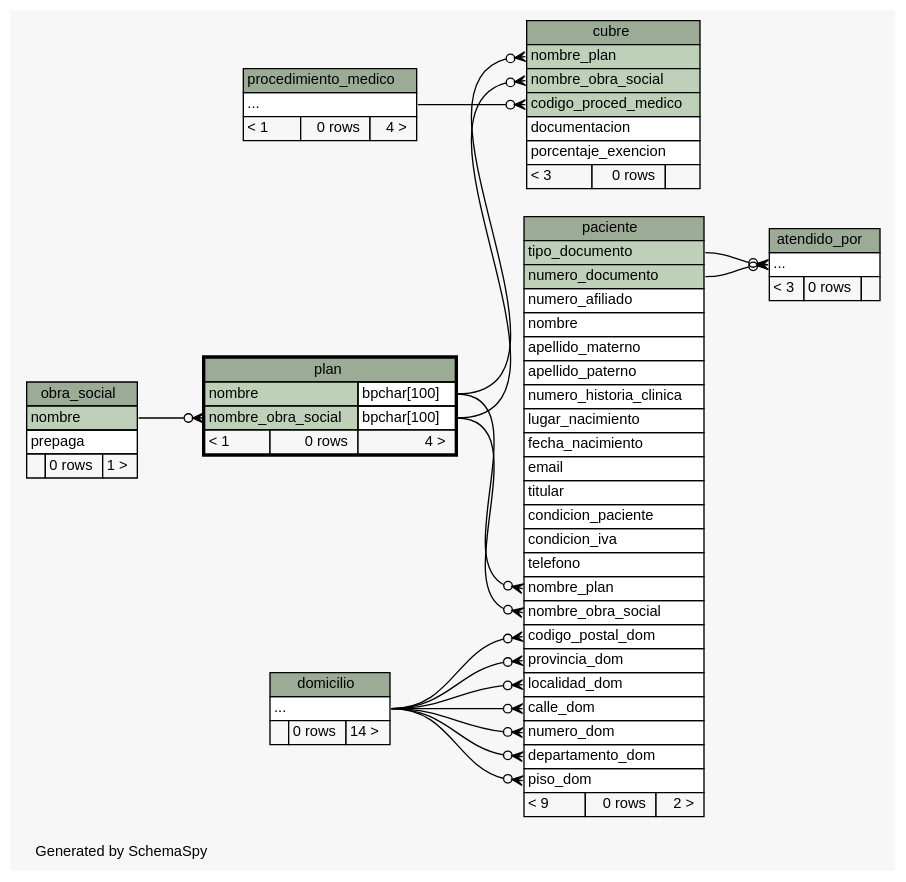
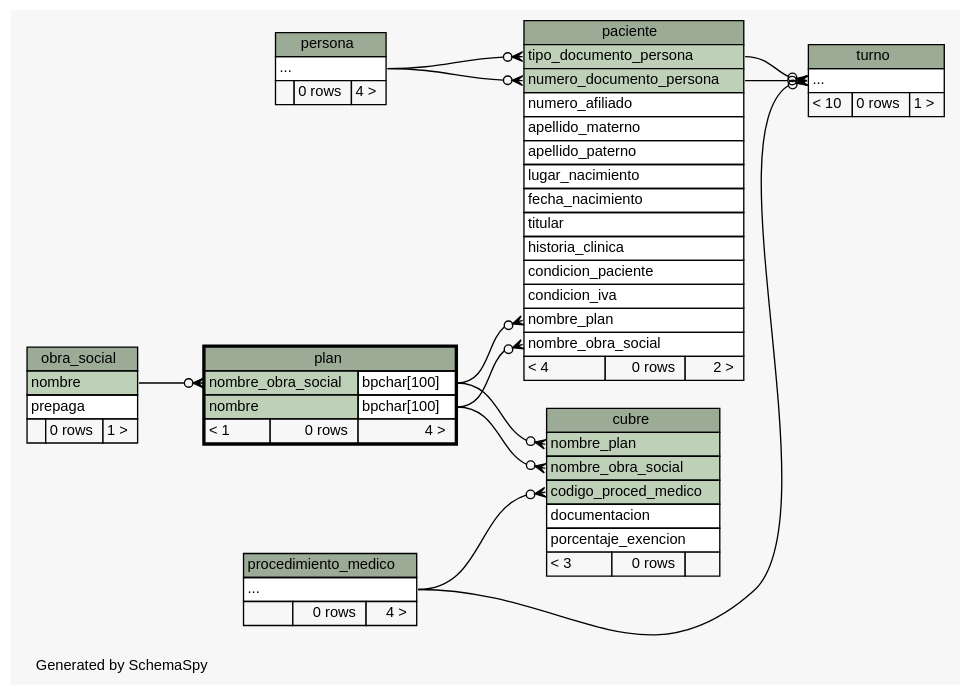
The diagram in tp1/build/schema/diagrams/plan.2degrees.dot (smpiano/bd-1cuat-2014-agenda-med), drawn with Graphviz before and after one commit. The commit also changed 165 other files, not shown here.

```diff
--- a/tp1/build/schema/diagrams/plan.2degrees.dot
+++ b/tp1/build/schema/diagrams/plan.2degrees.dot
@@ -1,135 +1,121 @@
 // dot 2.26.3 on Linux 3.8.0-35-generic
 // SchemaSpy rev 590
 digraph "twoDegreesRelationshipsDiagram" {
   graph [
     rankdir="RL"
     bgcolor="#f7f7f7"
     label="\nGenerated by SchemaSpy"
     labeljust="l"
     nodesep="0.18"
     ranksep="0.46"
     fontname="Helvetica"
     fontsize="11"
   ];
   node [
     fontname="Helvetica"
     fontsize="11"
     shape="plaintext"
   ];
   edge [
     arrowsize="0.8"
   ];
-  "atendido_por":"elipses":w -> "paciente":"numero_documento":e [arrowhead=none dir=back arrowtail=crowodot];
-  "atendido_por":"elipses":w -> "paciente":"tipo_documento":e [arrowhead=none dir=back arrowtail=crowodot];
   "cubre":"codigo_proced_medico":w -> "procedimiento_medico":"elipses":e [arrowhead=none dir=back arrowtail=crowodot];
-  "cubre":"nombre_obra_social":w -> "plan":"nombre_obra_social.type":e [arrowhead=none dir=back arrowtail=crowodot];
-  "cubre":"nombre_plan":w -> "plan":"nombre.type":e [arrowhead=none dir=back arrowtail=crowodot];
-  "paciente":"calle_dom":w -> "domicilio":"elipses":e [arrowhead=none dir=back arrowtail=crowodot];
-  "paciente":"codigo_postal_dom":w -> "domicilio":"elipses":e [arrowhead=none dir=back arrowtail=crowodot];
-  "paciente":"departamento_dom":w -> "domicilio":"elipses":e [arrowhead=none dir=back arrowtail=crowodot];
-  "paciente":"localidad_dom":w -> "domicilio":"elipses":e [arrowhead=none dir=back arrowtail=crowodot];
-  "paciente":"nombre_obra_social":w -> "plan":"nombre_obra_social.type":e [arrowhead=none dir=back arrowtail=crowodot];
-  "paciente":"nombre_plan":w -> "plan":"nombre.type":e [arrowhead=none dir=back arrowtail=crowodot];
-  "paciente":"numero_dom":w -> "domicilio":"elipses":e [arrowhead=none dir=back arrowtail=crowodot];
-  "paciente":"piso_dom":w -> "domicilio":"elipses":e [arrowhead=none dir=back arrowtail=crowodot];
-  "paciente":"provincia_dom":w -> "domicilio":"elipses":e [arrowhead=none dir=back arrowtail=crowodot];
+  "cubre":"nombre_obra_social":w -> "plan":"nombre.type":e [arrowhead=none dir=back arrowtail=crowodot];
+  "cubre":"nombre_plan":w -> "plan":"nombre_obra_social.type":e [arrowhead=none dir=back arrowtail=crowodot];
+  "paciente":"nombre_obra_social":w -> "plan":"nombre.type":e [arrowhead=none dir=back arrowtail=crowodot];
+  "paciente":"nombre_plan":w -> "plan":"nombre_obra_social.type":e [arrowhead=none dir=back arrowtail=crowodot];
+  "paciente":"numero_documento_persona":w -> "persona":"elipses":e [arrowhead=none dir=back arrowtail=crowodot];
+  "paciente":"tipo_documento_persona":w -> "persona":"elipses":e [arrowhead=none dir=back arrowtail=crowodot];
   "plan":"nombre_obra_social":w -> "obra_social":"nombre":e [arrowhead=none dir=back arrowtail=crowodot];
-  "atendido_por" [
-    label=<
-    <TABLE BORDER="0" CELLBORDER="1" CELLSPACING="0" BGCOLOR="#ffffff">
-      <TR><TD COLSPAN="3" BGCOLOR="#9bab96" ALIGN="CENTER">atendido_por</TD></TR>
-      <TR><TD PORT="elipses" COLSPAN="3" ALIGN="LEFT">...</TD></TR>
-      <TR><TD ALIGN="LEFT" BGCOLOR="#f7f7f7">&lt; 3</TD><TD ALIGN="RIGHT" BGCOLOR="#f7f7f7">0 rows</TD><TD ALIGN="RIGHT" BGCOLOR="#f7f7f7">  </TD></TR>
-    </TABLE>>
-    URL="atendido_por.html"
-    tooltip="atendido_por"
-  ];
+  "turno":"elipses":w -> "procedimiento_medico":"elipses":e [arrowhead=none dir=back arrowtail=crowodot];
+  "turno":"elipses":w -> "paciente":"numero_documento_persona":e [arrowhead=none dir=back arrowtail=crowodot];
+  "turno":"elipses":w -> "paciente":"tipo_documento_persona":e [arrowhead=none dir=back arrowtail=crowodot];
   "cubre" [
     label=<
     <TABLE BORDER="0" CELLBORDER="1" CELLSPACING="0" BGCOLOR="#ffffff">
       <TR><TD COLSPAN="3" BGCOLOR="#9bab96" ALIGN="CENTER">cubre</TD></TR>
       <TR><TD PORT="nombre_plan" COLSPAN="3" BGCOLOR="#bed1b8" ALIGN="LEFT">nombre_plan</TD></TR>
       <TR><TD PORT="nombre_obra_social" COLSPAN="3" BGCOLOR="#bed1b8" ALIGN="LEFT">nombre_obra_social</TD></TR>
       <TR><TD PORT="codigo_proced_medico" COLSPAN="3" BGCOLOR="#bed1b8" ALIGN="LEFT">codigo_proced_medico</TD></TR>
       <TR><TD PORT="documentacion" COLSPAN="3" ALIGN="LEFT">documentacion</TD></TR>
       <TR><TD PORT="porcentaje_exencion" COLSPAN="3" ALIGN="LEFT">porcentaje_exencion</TD></TR>
       <TR><TD ALIGN="LEFT" BGCOLOR="#f7f7f7">&lt; 3</TD><TD ALIGN="RIGHT" BGCOLOR="#f7f7f7">0 rows</TD><TD ALIGN="RIGHT" BGCOLOR="#f7f7f7">  </TD></TR>
     </TABLE>>
     URL="cubre.html"
     tooltip="cubre"
-  ];
-  "domicilio" [
-    label=<
-    <TABLE BORDER="0" CELLBORDER="1" CELLSPACING="0" BGCOLOR="#ffffff">
-      <TR><TD COLSPAN="3" BGCOLOR="#9bab96" ALIGN="CENTER">domicilio</TD></TR>
-      <TR><TD PORT="elipses" COLSPAN="3" ALIGN="LEFT">...</TD></TR>
-      <TR><TD ALIGN="LEFT" BGCOLOR="#f7f7f7">  </TD><TD ALIGN="RIGHT" BGCOLOR="#f7f7f7">0 rows</TD><TD ALIGN="RIGHT" BGCOLOR="#f7f7f7">14 &gt;</TD></TR>
-    </TABLE>>
-    URL="domicilio.html"
-    tooltip="domicilio"
   ];
   "obra_social" [
     label=<
     <TABLE BORDER="0" CELLBORDER="1" CELLSPACING="0" BGCOLOR="#ffffff">
       <TR><TD COLSPAN="3" BGCOLOR="#9bab96" ALIGN="CENTER">obra_social</TD></TR>
       <TR><TD PORT="nombre" COLSPAN="3" BGCOLOR="#bed1b8" ALIGN="LEFT">nombre</TD></TR>
       <TR><TD PORT="prepaga" COLSPAN="3" ALIGN="LEFT">prepaga</TD></TR>
       <TR><TD ALIGN="LEFT" BGCOLOR="#f7f7f7">  </TD><TD ALIGN="RIGHT" BGCOLOR="#f7f7f7">0 rows</TD><TD ALIGN="RIGHT" BGCOLOR="#f7f7f7">1 &gt;</TD></TR>
     </TABLE>>
     URL="obra_social.html"
     tooltip="obra_social"
   ];
   "paciente" [
     label=<
     <TABLE BORDER="0" CELLBORDER="1" CELLSPACING="0" BGCOLOR="#ffffff">
       <TR><TD COLSPAN="3" BGCOLOR="#9bab96" ALIGN="CENTER">paciente</TD></TR>
-      <TR><TD PORT="tipo_documento" COLSPAN="3" BGCOLOR="#bed1b8" ALIGN="LEFT">tipo_documento</TD></TR>
-      <TR><TD PORT="numero_documento" COLSPAN="3" BGCOLOR="#bed1b8" ALIGN="LEFT">numero_documento</TD></TR>
+      <TR><TD PORT="tipo_documento_persona" COLSPAN="3" BGCOLOR="#bed1b8" ALIGN="LEFT">tipo_documento_persona</TD></TR>
+      <TR><TD PORT="numero_documento_persona" COLSPAN="3" BGCOLOR="#bed1b8" ALIGN="LEFT">numero_documento_persona</TD></TR>
       <TR><TD PORT="numero_afiliado" COLSPAN="3" ALIGN="LEFT">numero_afiliado</TD></TR>
-      <TR><TD PORT="nombre" COLSPAN="3" ALIGN="LEFT">nombre</TD></TR>
       <TR><TD PORT="apellido_materno" COLSPAN="3" ALIGN="LEFT">apellido_materno</TD></TR>
       <TR><TD PORT="apellido_paterno" COLSPAN="3" ALIGN="LEFT">apellido_paterno</TD></TR>
-      <TR><TD PORT="numero_historia_clinica" COLSPAN="3" ALIGN="LEFT">numero_historia_clinica</TD></TR>
       <TR><TD PORT="lugar_nacimiento" COLSPAN="3" ALIGN="LEFT">lugar_nacimiento</TD></TR>
       <TR><TD PORT="fecha_nacimiento" COLSPAN="3" ALIGN="LEFT">fecha_nacimiento</TD></TR>
-      <TR><TD PORT="email" COLSPAN="3" ALIGN="LEFT">email</TD></TR>
       <TR><TD PORT="titular" COLSPAN="3" ALIGN="LEFT">titular</TD></TR>
+      <TR><TD PORT="historia_clinica" COLSPAN="3" ALIGN="LEFT">historia_clinica</TD></TR>
       <TR><TD PORT="condicion_paciente" COLSPAN="3" ALIGN="LEFT">condicion_paciente</TD></TR>
       <TR><TD PORT="condicion_iva" COLSPAN="3" ALIGN="LEFT">condicion_iva</TD></TR>
-      <TR><TD PORT="telefono" COLSPAN="3" ALIGN="LEFT">telefono</TD></TR>
       <TR><TD PORT="nombre_plan" COLSPAN="3" ALIGN="LEFT">nombre_plan</TD></TR>
       <TR><TD PORT="nombre_obra_social" COLSPAN="3" ALIGN="LEFT">nombre_obra_social</TD></TR>
-      <TR><TD PORT="codigo_postal_dom" COLSPAN="3" ALIGN="LEFT">codigo_postal_dom</TD></TR>
-      <TR><TD PORT="provincia_dom" COLSPAN="3" ALIGN="LEFT">provincia_dom</TD></TR>
-      <TR><TD PORT="localidad_dom" COLSPAN="3" ALIGN="LEFT">localidad_dom</TD></TR>
-      <TR><TD PORT="calle_dom" COLSPAN="3" ALIGN="LEFT">calle_dom</TD></TR>
-      <TR><TD PORT="numero_dom" COLSPAN="3" ALIGN="LEFT">numero_dom</TD></TR>
-      <TR><TD PORT="departamento_dom" COLSPAN="3" ALIGN="LEFT">departamento_dom</TD></TR>
-      <TR><TD PORT="piso_dom" COLSPAN="3" ALIGN="LEFT">piso_dom</TD></TR>
-      <TR><TD ALIGN="LEFT" BGCOLOR="#f7f7f7">&lt; 9</TD><TD ALIGN="RIGHT" BGCOLOR="#f7f7f7">0 rows</TD><TD ALIGN="RIGHT" BGCOLOR="#f7f7f7">2 &gt;</TD></TR>
+      <TR><TD ALIGN="LEFT" BGCOLOR="#f7f7f7">&lt; 4</TD><TD ALIGN="RIGHT" BGCOLOR="#f7f7f7">0 rows</TD><TD ALIGN="RIGHT" BGCOLOR="#f7f7f7">2 &gt;</TD></TR>
     </TABLE>>
     URL="paciente.html"
     tooltip="paciente"
+  ];
+  "persona" [
+    label=<
+    <TABLE BORDER="0" CELLBORDER="1" CELLSPACING="0" BGCOLOR="#ffffff">
+      <TR><TD COLSPAN="3" BGCOLOR="#9bab96" ALIGN="CENTER">persona</TD></TR>
+      <TR><TD PORT="elipses" COLSPAN="3" ALIGN="LEFT">...</TD></TR>
+      <TR><TD ALIGN="LEFT" BGCOLOR="#f7f7f7">  </TD><TD ALIGN="RIGHT" BGCOLOR="#f7f7f7">0 rows</TD><TD ALIGN="RIGHT" BGCOLOR="#f7f7f7">4 &gt;</TD></TR>
+    </TABLE>>
+    URL="persona.html"
+    tooltip="persona"
   ];
   "plan" [
     label=<
     <TABLE BORDER="2" CELLBORDER="1" CELLSPACING="0" BGCOLOR="#ffffff">
       <TR><TD COLSPAN="3" BGCOLOR="#9bab96" ALIGN="CENTER">plan</TD></TR>
+      <TR><TD PORT="nombre_obra_social" COLSPAN="2" BGCOLOR="#bed1b8" ALIGN="LEFT">nombre_obra_social</TD><TD PORT="nombre_obra_social.type" ALIGN="LEFT">bpchar[100]</TD></TR>
       <TR><TD PORT="nombre" COLSPAN="2" BGCOLOR="#bed1b8" ALIGN="LEFT">nombre</TD><TD PORT="nombre.type" ALIGN="LEFT">bpchar[100]</TD></TR>
-      <TR><TD PORT="nombre_obra_social" COLSPAN="2" BGCOLOR="#bed1b8" ALIGN="LEFT">nombre_obra_social</TD><TD PORT="nombre_obra_social.type" ALIGN="LEFT">bpchar[100]</TD></TR>
       <TR><TD ALIGN="LEFT" BGCOLOR="#f7f7f7">&lt; 1</TD><TD ALIGN="RIGHT" BGCOLOR="#f7f7f7">0 rows</TD><TD ALIGN="RIGHT" BGCOLOR="#f7f7f7">4 &gt;</TD></TR>
     </TABLE>>
     URL="plan.html"
     tooltip="plan"
   ];
   "procedimiento_medico" [
     label=<
     <TABLE BORDER="0" CELLBORDER="1" CELLSPACING="0" BGCOLOR="#ffffff">
       <TR><TD COLSPAN="3" BGCOLOR="#9bab96" ALIGN="CENTER">procedimiento_medico</TD></TR>
       <TR><TD PORT="elipses" COLSPAN="3" ALIGN="LEFT">...</TD></TR>
-      <TR><TD ALIGN="LEFT" BGCOLOR="#f7f7f7">&lt; 1</TD><TD ALIGN="RIGHT" BGCOLOR="#f7f7f7">0 rows</TD><TD ALIGN="RIGHT" BGCOLOR="#f7f7f7">4 &gt;</TD></TR>
+      <TR><TD ALIGN="LEFT" BGCOLOR="#f7f7f7">  </TD><TD ALIGN="RIGHT" BGCOLOR="#f7f7f7">0 rows</TD><TD ALIGN="RIGHT" BGCOLOR="#f7f7f7">4 &gt;</TD></TR>
     </TABLE>>
     URL="procedimiento_medico.html"
     tooltip="procedimiento_medico"
   ];
+  "turno" [
+    label=<
+    <TABLE BORDER="0" CELLBORDER="1" CELLSPACING="0" BGCOLOR="#ffffff">
+      <TR><TD COLSPAN="3" BGCOLOR="#9bab96" ALIGN="CENTER">turno</TD></TR>
+      <TR><TD PORT="elipses" COLSPAN="3" ALIGN="LEFT">...</TD></TR>
+      <TR><TD ALIGN="LEFT" BGCOLOR="#f7f7f7">&lt; 10</TD><TD ALIGN="RIGHT" BGCOLOR="#f7f7f7">0 rows</TD><TD ALIGN="RIGHT" BGCOLOR="#f7f7f7">1 &gt;</TD></TR>
+    </TABLE>>
+    URL="turno.html"
+    tooltip="turno"
+  ];
 }
```
